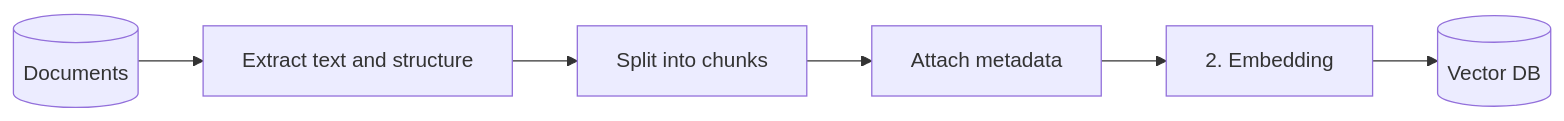
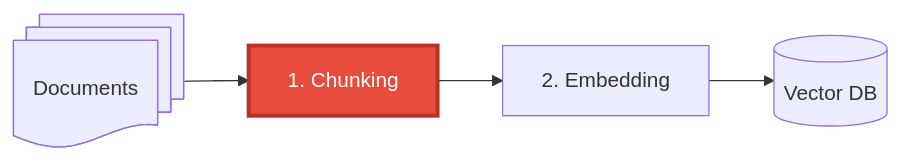
One commit to w4bo/AA2627-unibo-dcai changed the fifth of 20 diagrams in slides/02-rag.qmd. Above: the diagram before and after it, drawn with Mermaid. The commit also changed other lines of this file and 2 other files, not shown here.

````diff
--- a/slides/02-rag.qmd
+++ b/slides/02-rag.qmd
@@ -361,9 +333,10 @@
 ```{mermaid}
 %%| echo: false
 flowchart LR
-  Raw[(Documents)] --> Extract[Extract text and structure]
-  Extract --> Split[Split into chunks]
-  Split --> Meta[Attach metadata]
-  Meta --> Store[2. Embedding]
-  Store --> Searchable[(Vector DB)]
+  D@{ shape: docs, label: "Documents" } --> C[1. Chunking]
+  C --> E[2. Embedding]
+  E --> I[(Vector DB)]
+
+  classDef focus fill:#e74c3c,color:#fff,stroke:#b83227,stroke-width:3px
+  class C focus
 ```
````
